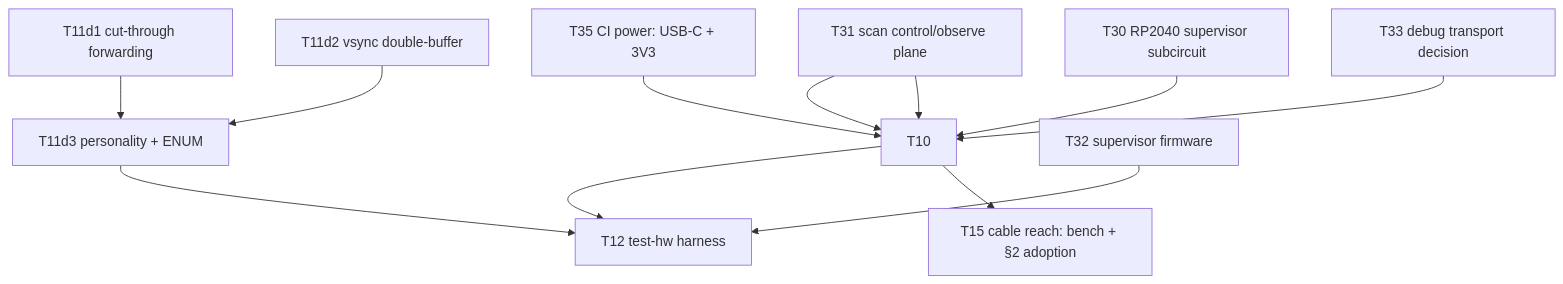
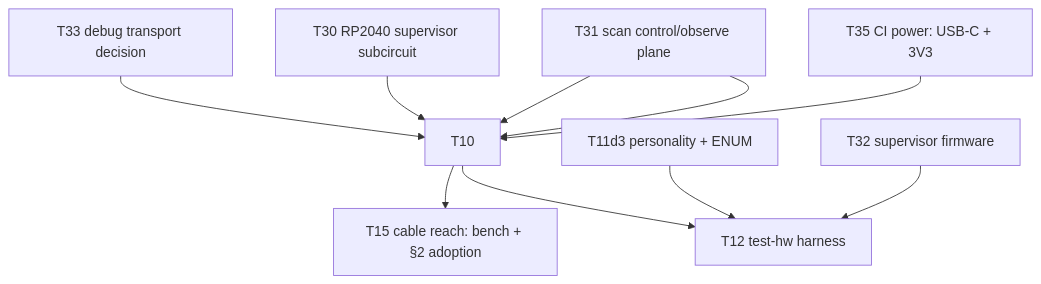
Before and after one commit to kristofferkoch/oparroy: the diagram in KANBAN.md, drawn with Mermaid. The commit also changed other lines of this file, not shown here.

````diff
--- a/KANBAN.md
+++ b/KANBAN.md
@@ -34,14 +34,12 @@
 ```mermaid
 graph TD
     T31[T31 scan control/observe plane] --> T10
     T35[T35 CI power: USB-C + 3V3] --> T10
     T30[T30 RP2040 supervisor subcircuit] --> T10
     T31 --> T10
     T33[T33 debug transport decision] --> T10
     T10 --> T12[T12 test-hw harness]
     T10 --> T15[T15 cable reach: bench + §2 adoption]
-    T11d1[T11d1 cut-through forwarding] --> T11d3
-    T11d2[T11d2 vsync double-buffer] --> T11d3
     T11d3[T11d3 personality + ENUM] --> T12
     T32[T32 supervisor firmware] --> T12
 ```
````
